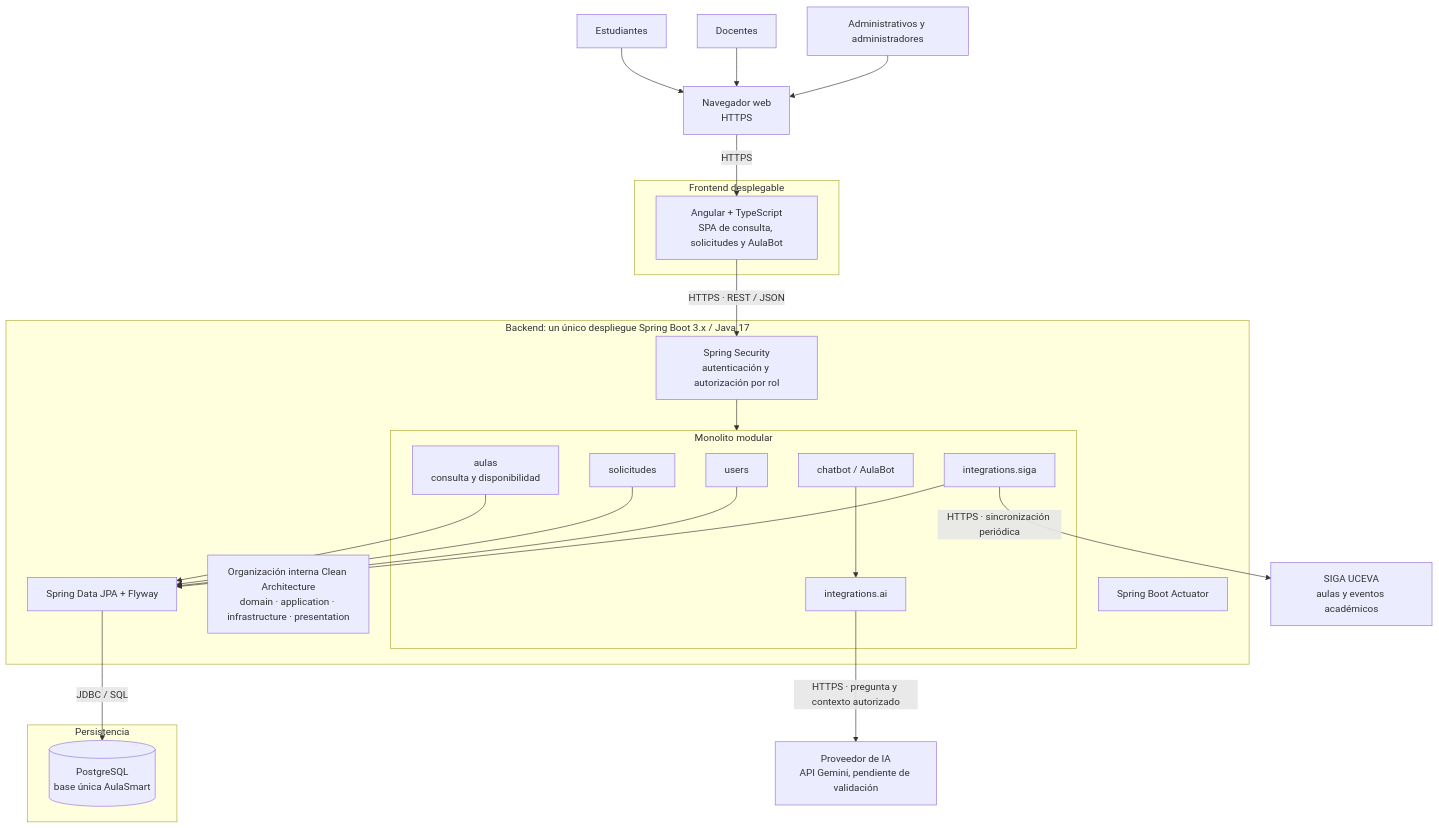
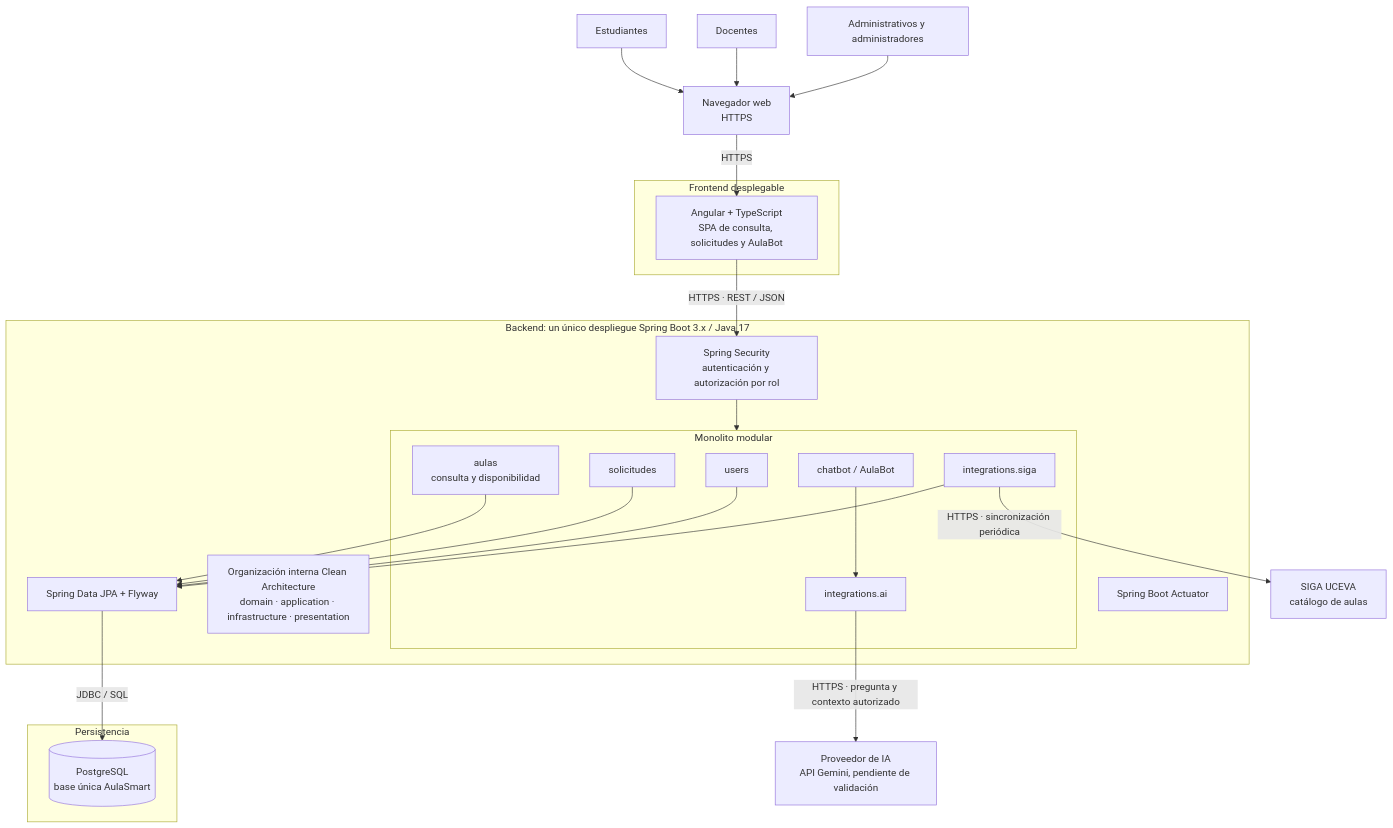
The diagram in docs/04-arquitectura-general.md (stevendz2002/aulasmart-backend), drawn with Mermaid before and after one commit. The commit also changed other lines of this file and 8 other files, not shown here.

````diff
--- a/docs/04-arquitectura-general.md
+++ b/docs/04-arquitectura-general.md
@@ -7,49 +7,49 @@
 ```mermaid
 flowchart TB
     EST["Estudiantes"]
     DOC["Docentes"]
     ADM["Administrativos y administradores"]
     BROWSER["Navegador web<br/>HTTPS"]
 
     subgraph FRONTEND["Frontend desplegable"]
         ANGULAR["Angular + TypeScript<br/>SPA de consulta, solicitudes y AulaBot"]
     end
 
     subgraph BACKEND["Backend: un único despliegue Spring Boot 3.x / Java 17"]
         SECURITY["Spring Security<br/>autenticación y autorización por rol"]
         subgraph MODULES["Monolito modular"]
             USERS["users"]
             AULAS["aulas<br/>consulta y disponibilidad"]
             REQUESTS["solicitudes"]
             CHATBOT["chatbot / AulaBot"]
             SIGAINT["integrations.siga"]
             AIINT["integrations.ai"]
         end
         CLEAN["Organización interna Clean Architecture<br/>domain · application · infrastructure · presentation"]
         DATAACCESS["Spring Data JPA + Flyway"]
         ACTUATOR["Spring Boot Actuator"]
 
         SECURITY --> MODULES
         AULAS --> DATAACCESS
         REQUESTS --> DATAACCESS
         USERS --> DATAACCESS
         SIGAINT --> DATAACCESS
     end
 
     subgraph DATABASE["Persistencia"]
         POSTGRES[("PostgreSQL<br/>base única AulaSmart")]
     end
 
-    SIGA["SIGA UCEVA<br/>aulas y eventos académicos"]
+    SIGA["SIGA UCEVA<br/>catálogo de aulas"]
     IA["Proveedor de IA<br/>API Gemini, pendiente de validación"]
 
     EST --> BROWSER
     DOC --> BROWSER
     ADM --> BROWSER
     BROWSER -->|HTTPS| ANGULAR
     ANGULAR -->|HTTPS · REST / JSON| SECURITY
     DATAACCESS -->|JDBC / SQL| POSTGRES
     SIGAINT -->|HTTPS · sincronización periódica| SIGA
     CHATBOT --> AIINT
     AIINT -->|HTTPS · pregunta y contexto autorizado| IA
 ```
````
